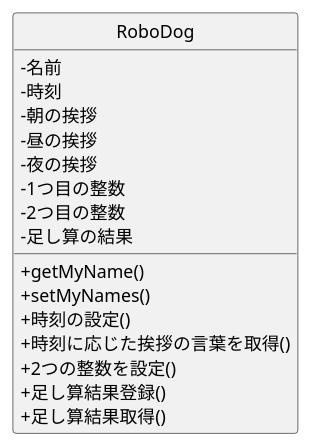
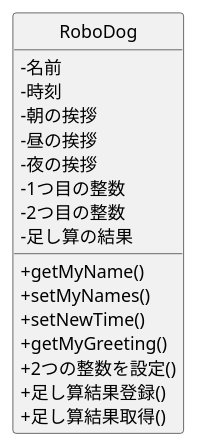
The diagram in 06_robo_dog/class.pu (2459384Hayashi/ohara_uml), drawn with PlantUML before and after one commit. The commit also changed 2 other files, not shown here.

```diff
--- a/06_robo_dog/class.pu
+++ b/06_robo_dog/class.pu
@@ -1,24 +1,24 @@
 @startuml Robodogクラス図
 skinparam classAttributeIconSize 0
 hide circle
 
 class RoboDog {
  -名前
  -時刻
  -朝の挨拶
  -昼の挨拶
  -夜の挨拶
  -1つ目の整数
  -2つ目の整数
  -足し算の結果
 
  +getMyName()
  +setMyNames()
- +時刻の設定()
- +時刻に応じた挨拶の言葉を取得()
+ +setNewTime()
+ +getMyGreeting()
  +2つの整数を設定()
  +足し算結果登録()
  +足し算結果取得()
 }
 
 @enduml
```
